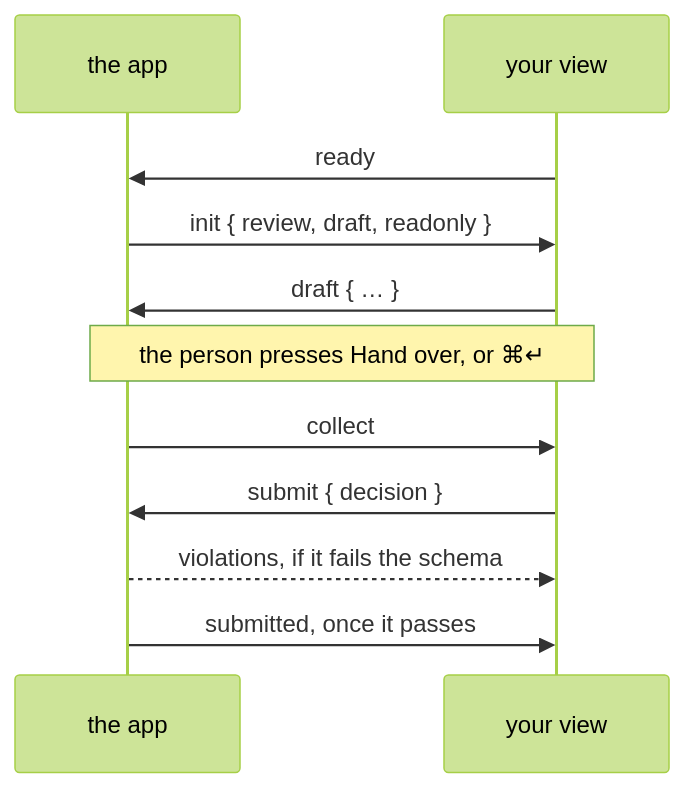
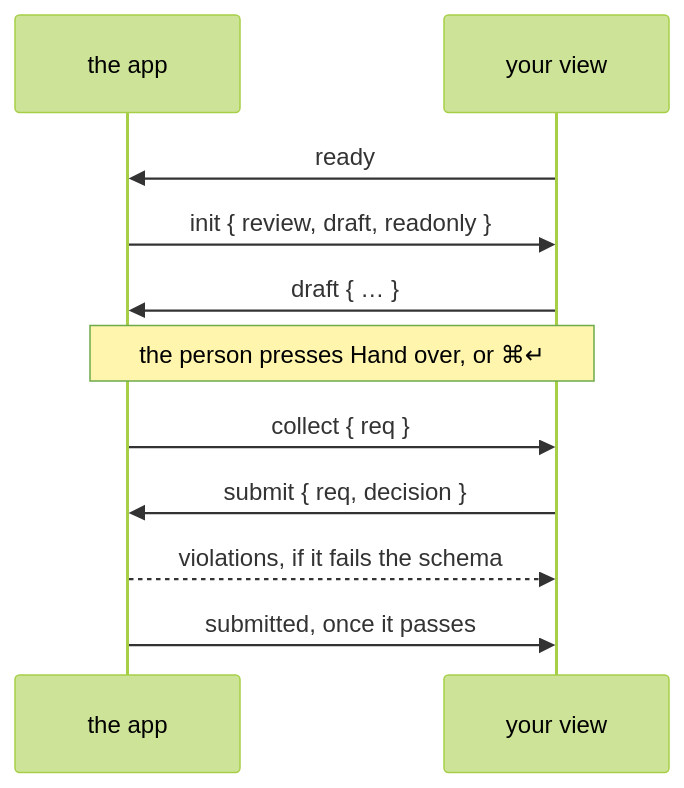
One commit to forgeplane/pinrail changed the second of 2 diagrams in docs/building/writing.md. Above: the diagram before and after it, drawn with Mermaid (forest theme). The commit also changed other lines of this file and 4 other files, not shown here.

````diff
--- a/docs/building/writing.md
+++ b/docs/building/writing.md
@@ -214,13 +214,13 @@
 ```mermaid title="The handshake, and a hand-over"
 sequenceDiagram
   participant S as the app
   participant V as your view
   V->>S: ready
   S->>V: init { review, draft, readonly }
   V->>S: draft { … }
   Note over S,V: the person presses Hand over, or ⌘↵
-  S->>V: collect
-  V->>S: submit { decision }
+  S->>V: collect { req }
+  V->>S: submit { req, decision }
   S-->>V: violations, if it fails the schema
   S->>V: submitted, once it passes
 ```
````
